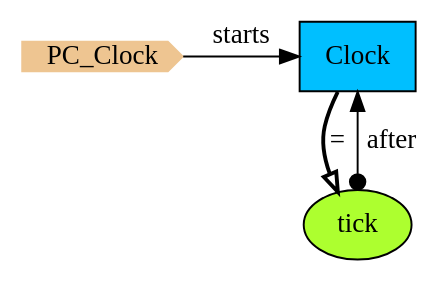
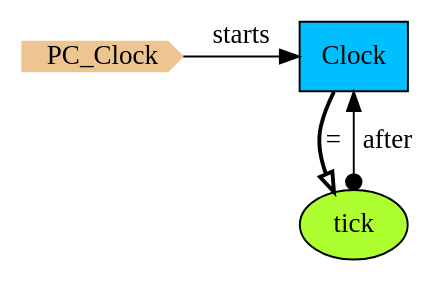
Before and after one commit to namalio/Fragmenta: the diagram in Haskell/PCs/Examples/img/PC_Clock.gv, drawn with Graphviz. The commit also changed 33 other files, not shown here.

```diff
--- a/Haskell/PCs/Examples/img/PC_Clock.gv
+++ b/Haskell/PCs/Examples/img/PC_Clock.gv
@@ -1,13 +1,13 @@
 digraph {
 
 StartN_ [shape = cds,color=burlywood2,style=filled,height=.2,width=.2, label =PC_Clock];
 
-Clock [shape=box,fillcolor=deepskyblue,style = filled,label="Clock "];
+Clock [shape=box,fillcolor=deepskyblue,style = filled,label="Clock"];
 tick [shape=ellipse,fillcolor=greenyellow,style=filled,label="tick"];
 
 {rank=same;Clock,StartN_}
 
 tick->Clock[arrowtail=dot,dir=both,label="after"];
 Clock->tick[arrowhead="onormal",penwidth=2,label="="];
 StartN_->Clock[label="starts"];
 }
```
